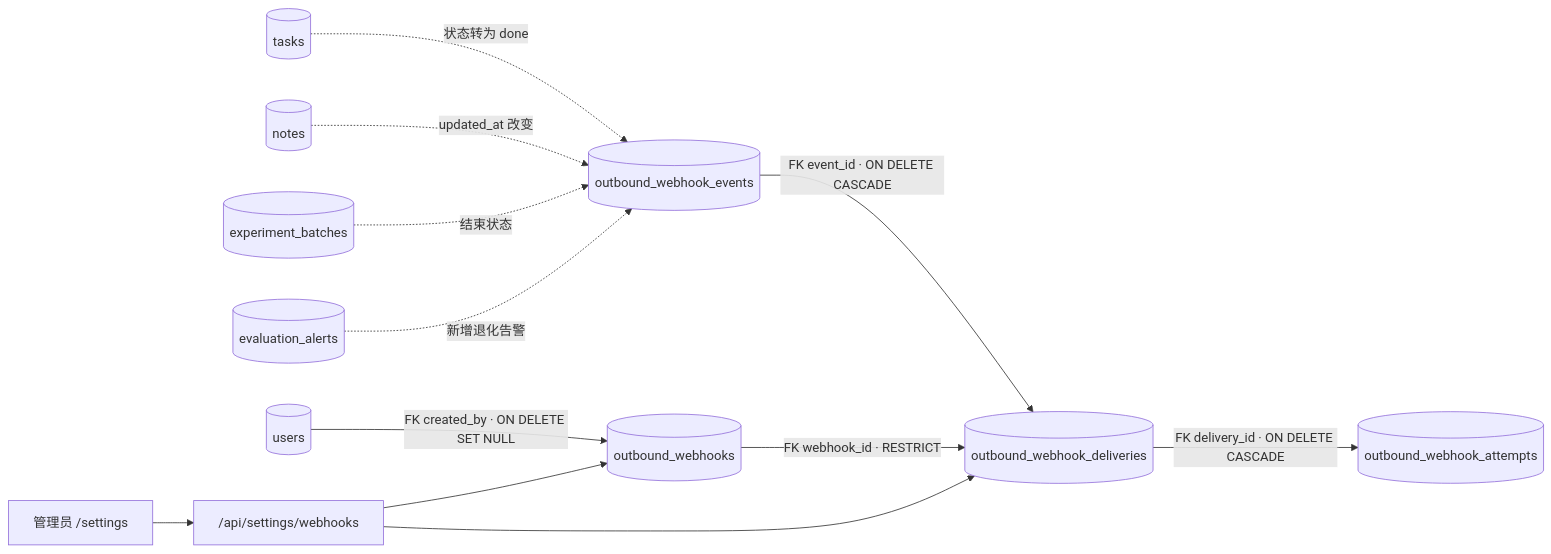
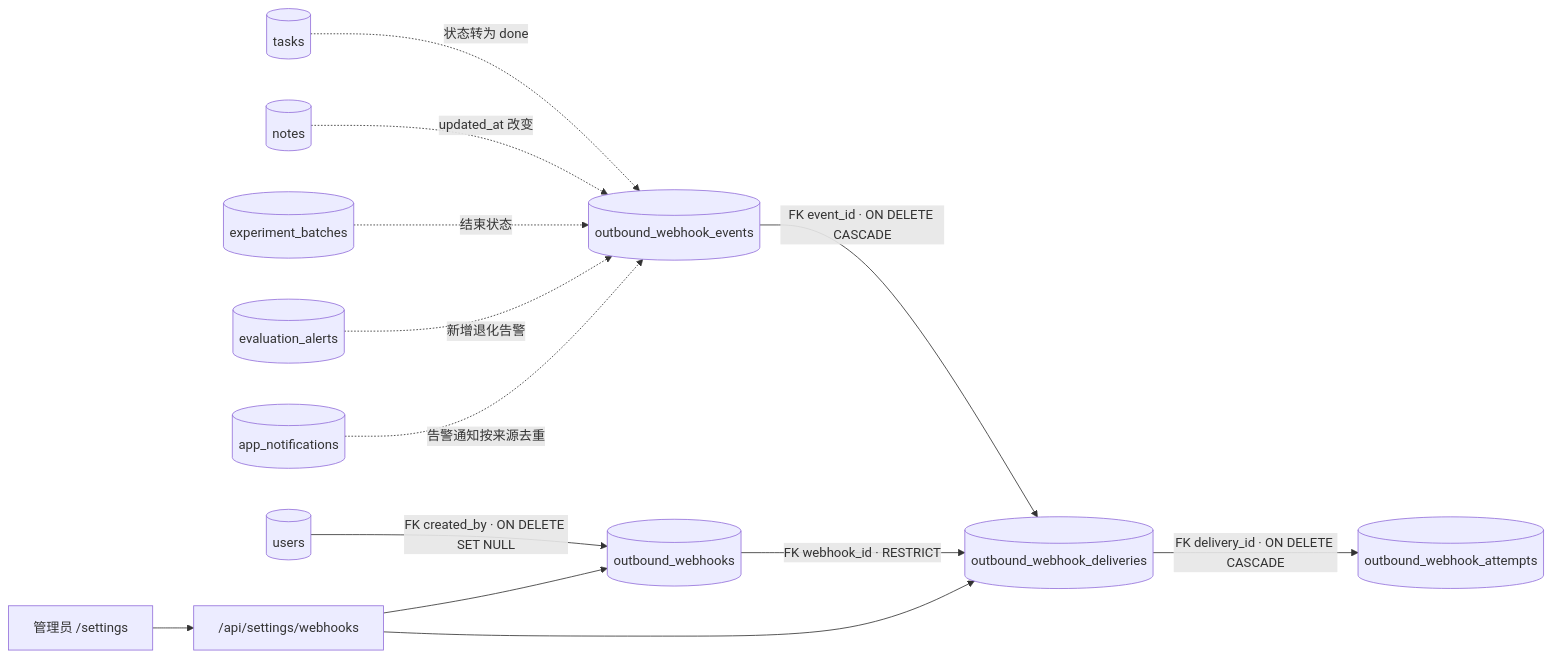
The second of 18 diagrams in docs/database-relationships.md (weiAX95/admin), drawn with Mermaid before and after one commit. The commit also changed other lines of this file and 5 other files, not shown here.

````diff
--- a/docs/database-relationships.md
+++ b/docs/database-relationships.md
@@ -38,13 +38,14 @@
 ```mermaid
 flowchart LR
   Tasks[(tasks)] -. "状态转为 done" .-> Events[(outbound_webhook_events)]
   Notes[(notes)] -. "updated_at 改变" .-> Events
   Batches[(experiment_batches)] -. "结束状态" .-> Events
   Alerts[(evaluation_alerts)] -. "新增退化告警" .-> Events
+  Notices[(app_notifications)] -. "告警通知按来源去重" .-> Events
   Users[(users)] -->|"FK created_by · ON DELETE SET NULL"| Hooks[(outbound_webhooks)]
   Hooks -->|"FK webhook_id · RESTRICT"| Deliveries[(outbound_webhook_deliveries)]
   Events -->|"FK event_id · ON DELETE CASCADE"| Deliveries
   Deliveries -->|"FK delivery_id · ON DELETE CASCADE"| Attempts[(outbound_webhook_attempts)]
   Admin["管理员 /settings"] --> API["/api/settings/webhooks"] --> Hooks
   API --> Deliveries
 ```
````
